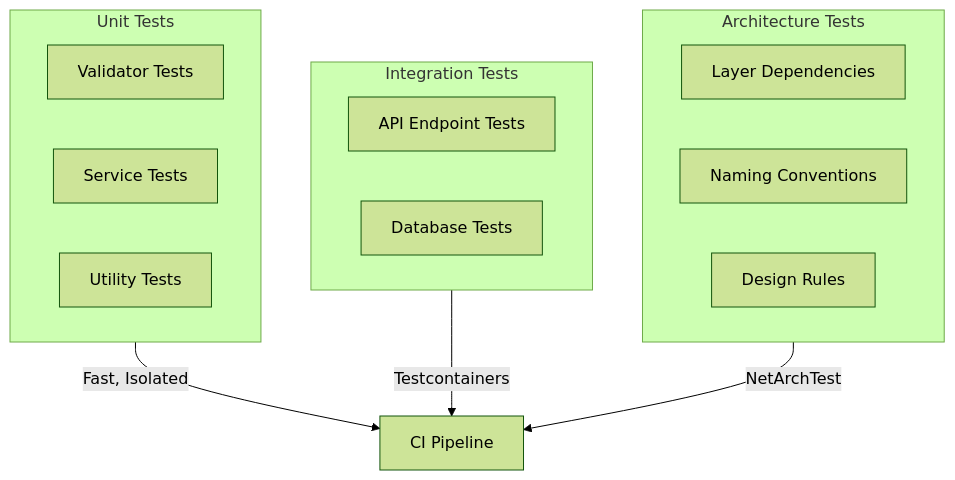
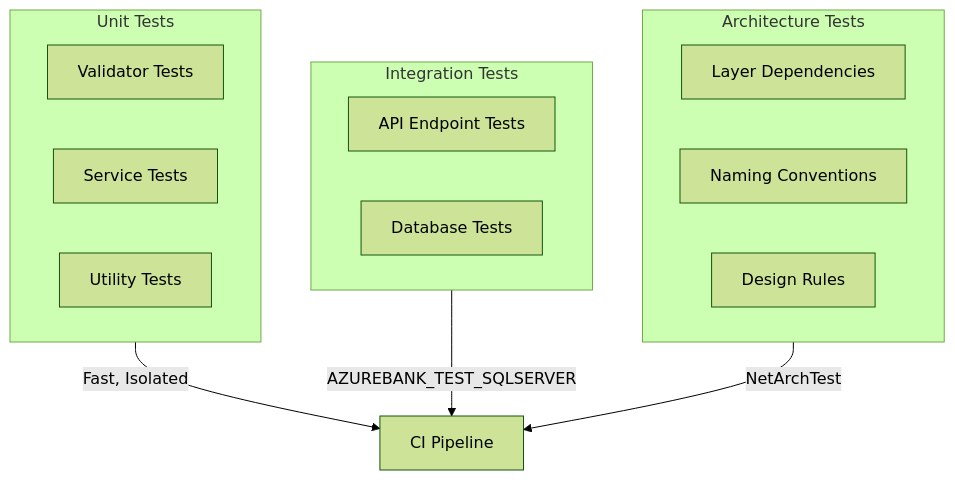
The diagram in backend/tests/AzureBank.Tests/README.md (Gurgant/azurebank-v2), drawn with Mermaid (forest theme) before and after one commit. The commit also changed other lines of this file and 8 other files, not shown here.

````diff
--- a/backend/tests/AzureBank.Tests/README.md
+++ b/backend/tests/AzureBank.Tests/README.md
@@ -21,23 +21,23 @@
 ```mermaid
 flowchart TB
     subgraph Unit["Unit Tests"]
         Validators["Validator Tests"]
         Services["Service Tests"]
         Utilities["Utility Tests"]
     end
 
     subgraph Integration["Integration Tests"]
         API["API Endpoint Tests"]
         DB["Database Tests"]
     end
 
     subgraph Architecture["Architecture Tests"]
         Layers["Layer Dependencies"]
         Naming["Naming Conventions"]
         Design["Design Rules"]
     end
 
     Unit -->|"Fast, Isolated"| CI["CI Pipeline"]
-    Integration -->|"Testcontainers"| CI
+    Integration -->|"AZUREBANK_TEST_SQLSERVER"| CI
     Architecture -->|"NetArchTest"| CI
 ```
````
